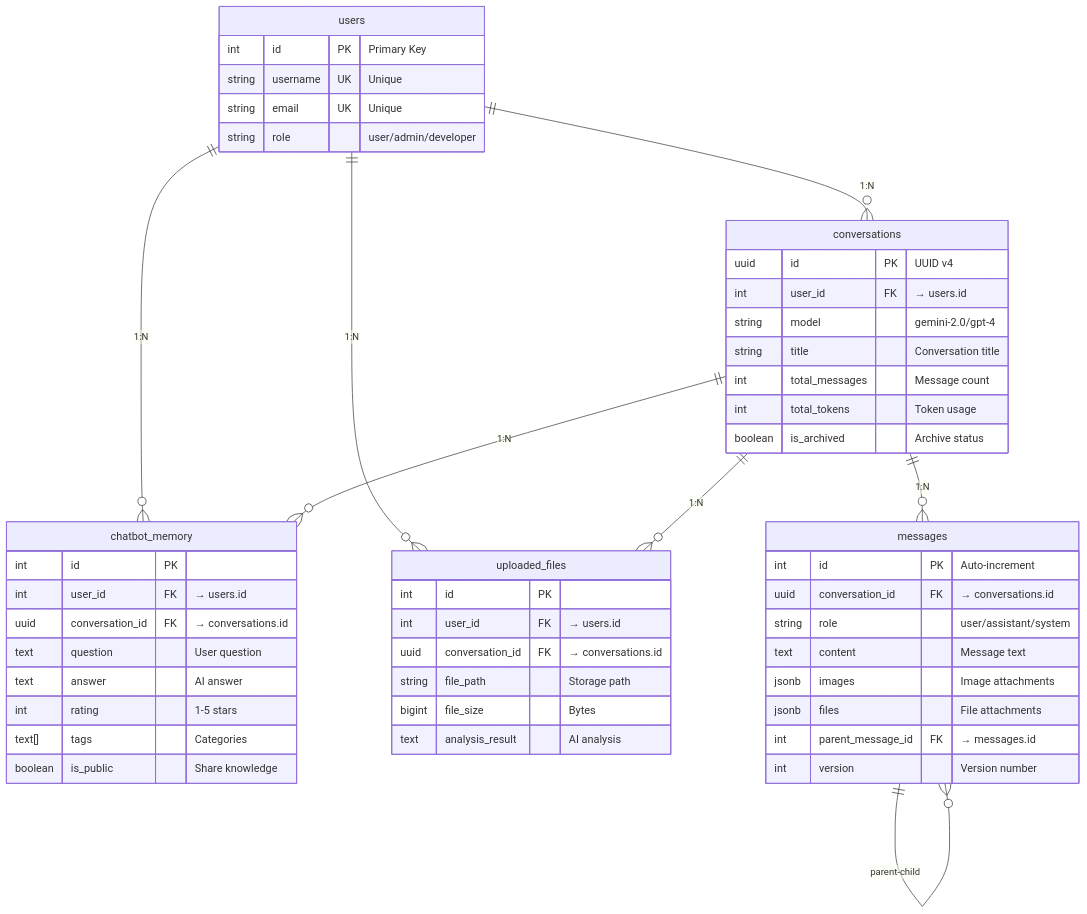
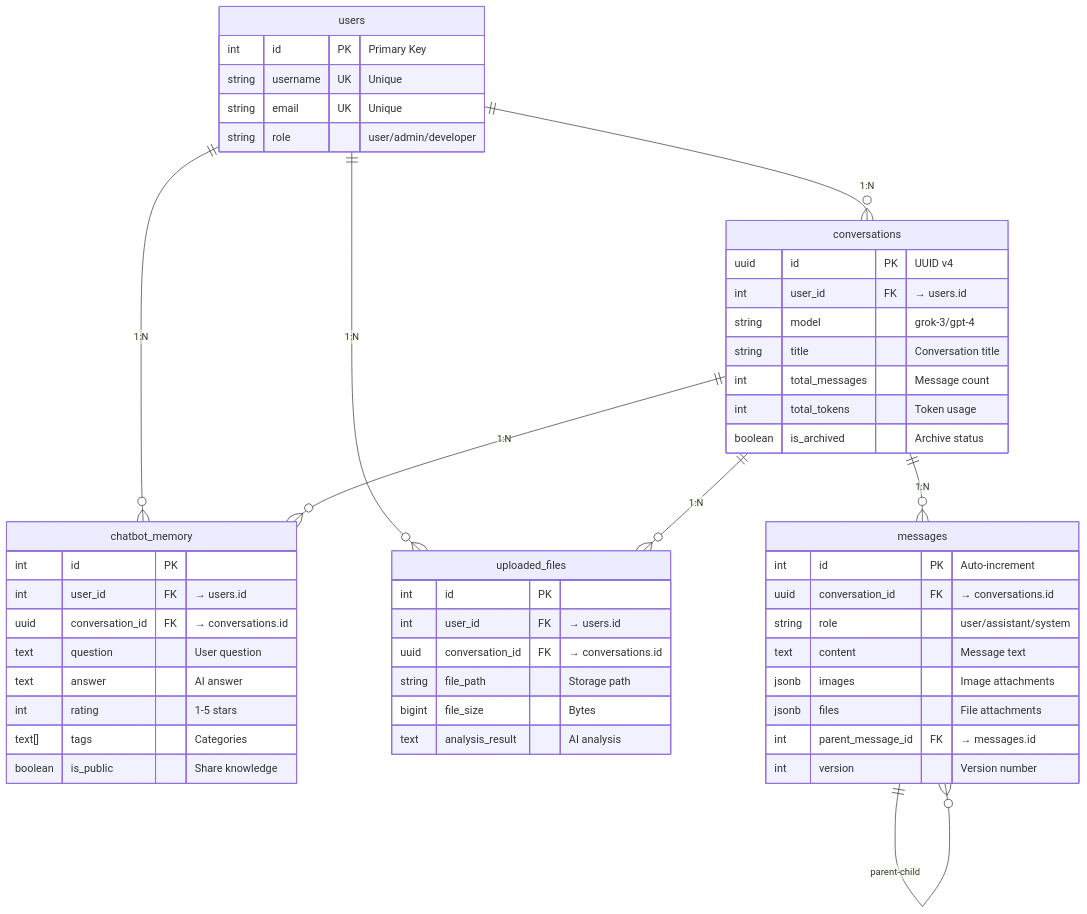
One commit to SkastVnT/AI-Assistant changed the second of 17 diagrams in diagram/04_database_design.md. Above: the diagram before and after it, drawn with Mermaid. The commit also changed other lines of this file and 47 other files, not shown here.

First line of the commit message:
Replace all gemini-2.0-flash references with grok-3 as default AI model

````diff
--- a/diagram/04_database_design.md
+++ b/diagram/04_database_design.md
@@ -298,60 +298,60 @@
 ```mermaid
 erDiagram
     users ||--o{ conversations : "1:N"
     users ||--o{ chatbot_memory : "1:N"
     users ||--o{ uploaded_files : "1:N"
     
     conversations ||--o{ messages : "1:N"
     conversations ||--o{ chatbot_memory : "1:N"
     conversations ||--o{ uploaded_files : "1:N"
     
     messages ||--o{ messages : "parent-child"
 
     users {
         int id PK "Primary Key"
         string username UK "Unique"
         string email UK "Unique"
         string role "user/admin/developer"
     }
 
     conversations {
         uuid id PK "UUID v4"
         int user_id FK "→ users.id"
-        string model "gemini-2.0/gpt-4"
+        string model "grok-3/gpt-4"
         string title "Conversation title"
         int total_messages "Message count"
         int total_tokens "Token usage"
         boolean is_archived "Archive status"
     }
 
     messages {
         int id PK "Auto-increment"
         uuid conversation_id FK "→ conversations.id"
         string role "user/assistant/system"
         text content "Message text"
         jsonb images "Image attachments"
         jsonb files "File attachments"
         int parent_message_id FK "→ messages.id"
         int version "Version number"
     }
 
     chatbot_memory {
         int id PK
         int user_id FK "→ users.id"
         uuid conversation_id FK "→ conversations.id"
         text question "User question"
         text answer "AI answer"
         int rating "1-5 stars"
         text[] tags "Categories"
         boolean is_public "Share knowledge"
     }
 
     uploaded_files {
         int id PK
         int user_id FK "→ users.id"
         uuid conversation_id FK "→ conversations.id"
         string file_path "Storage path"
         bigint file_size "Bytes"
         text analysis_result "AI analysis"
     }
 ```
````
